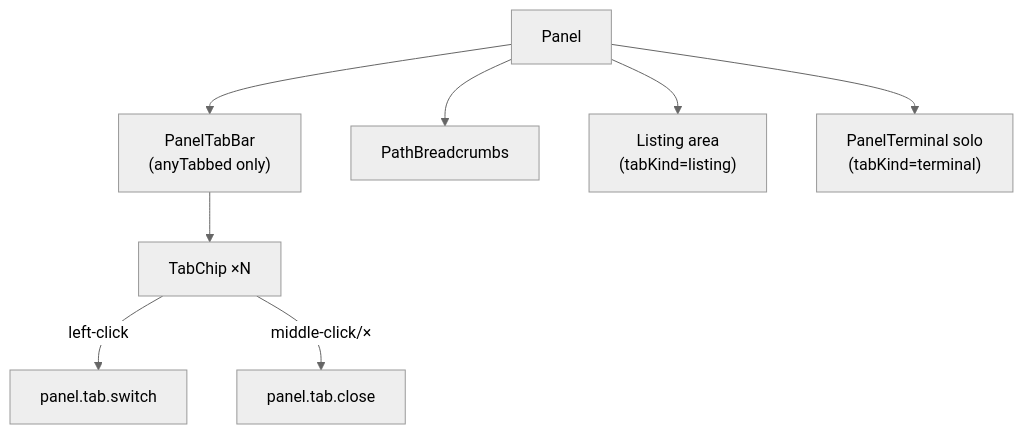
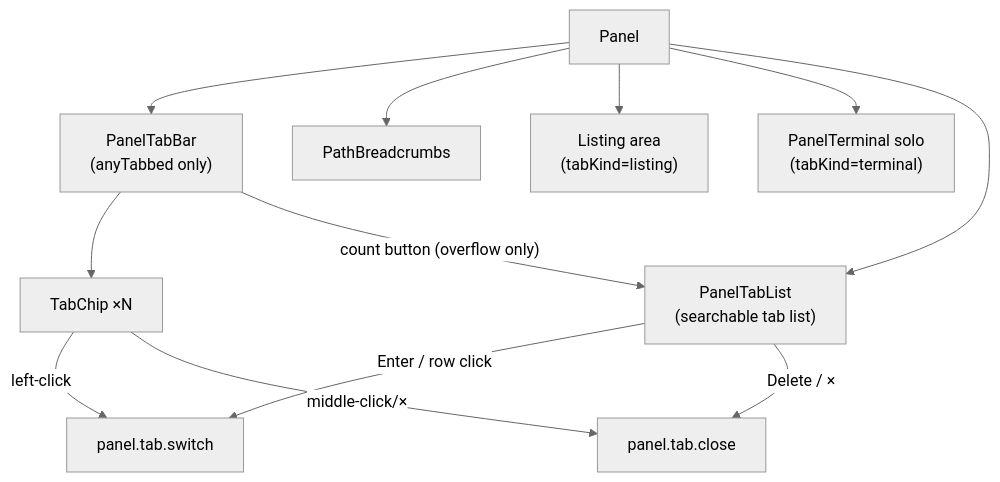
One commit to ktxed/fbro changed the third of 3 diagrams in spex/tabs.md. Above: the diagram before and after it, drawn with Mermaid (neutral theme). The commit also changed other lines of this file and 16 other files, not shown here.

````diff
--- a/spex/tabs.md
+++ b/spex/tabs.md
@@ -405,10 +406,14 @@
 ```mermaid
 graph TD
     Panel --> PanelTabBar["PanelTabBar\n(anyTabbed only)"]
     Panel --> PathBreadcrumbs
     Panel --> ListingArea["Listing area\n(tabKind=listing)"]
     Panel --> PanelTerminal["PanelTerminal solo\n(tabKind=terminal)"]
     PanelTabBar --> TabChip["TabChip ×N"]
     TabChip -- left-click --> switch["panel.tab.switch"]
     TabChip -- middle-click/× --> close["panel.tab.close"]
+    Panel --> PanelTabList["PanelTabList\n(searchable tab list)"]
+    PanelTabBar -- count button (overflow only) --> PanelTabList
+    PanelTabList -- Enter / row click --> switch
+    PanelTabList -- Delete / × --> close
 ```
````
